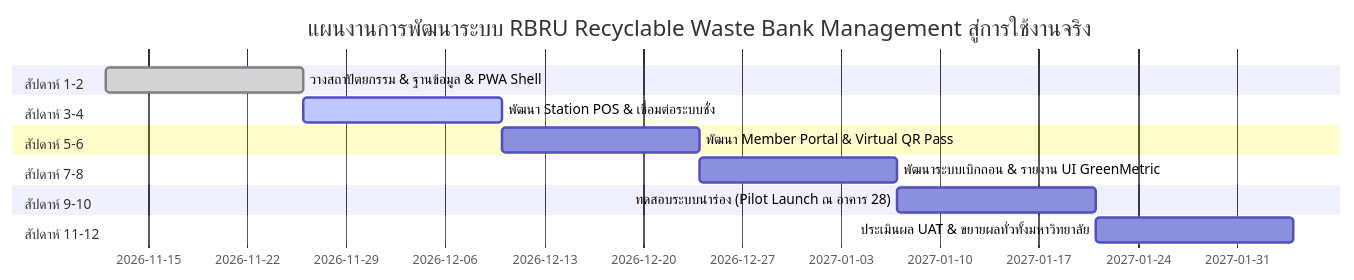
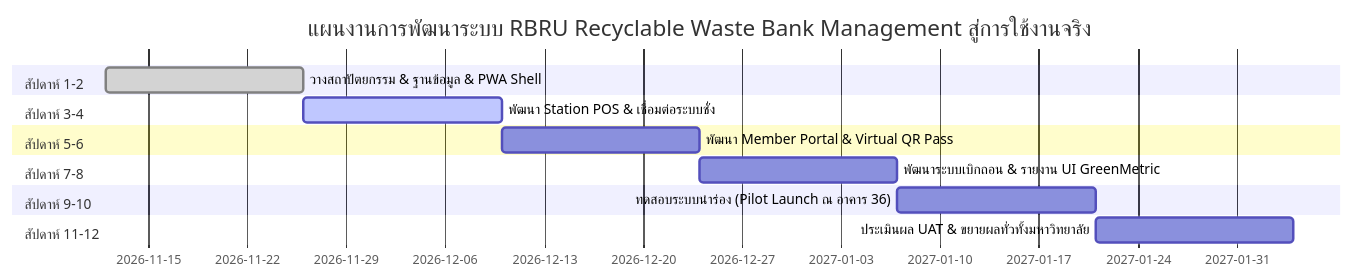
The third of 3 diagrams in docs/RBRU_WASTE_BANK_PRODUCTION_PWA_PLAN.md (TsanaPhysics/rbru_recyclable_waste_bank), drawn with Mermaid before and after one commit. The commit also changed other lines of this file and 6 other files, not shown here.

````diff
--- a/docs/RBRU_WASTE_BANK_PRODUCTION_PWA_PLAN.md
+++ b/docs/RBRU_WASTE_BANK_PRODUCTION_PWA_PLAN.md
@@ -182,17 +182,17 @@
 ```mermaid
 gantt
     title แผนงานการพัฒนาระบบ RBRU Recyclable Waste Bank Management สู่การใช้งานจริง
     dateFormat  YYYY-MM-DD
     section สัปดาห์ 1-2
     วางสถาปัตยกรรม & ฐานข้อมูล & PWA Shell    :done, 2026-11-12, 14d
     section สัปดาห์ 3-4
     พัฒนา Station POS & เชื่อมต่อระบบชั่ง       :active, 2026-11-26, 14d
     section สัปดาห์ 5-6
     พัฒนา Member Portal & Virtual QR Pass  : 2026-12-10, 14d
     section สัปดาห์ 7-8
     พัฒนาระบบเบิกถอน & รายงาน UI GreenMetric : 2026-12-24, 14d
     section สัปดาห์ 9-10
-    ทดสอบระบบนำร่อง (Pilot Launch ณ อาคาร 28) : 2027-01-07, 14d
+    ทดสอบระบบนำร่อง (Pilot Launch ณ อาคาร 36) : 2027-01-07, 14d
     section สัปดาห์ 11-12
     ประเมินผล UAT & ขยายผลทั่วทั้งมหาวิทยาลัย   : 2027-01-21, 14d
 ```
````
